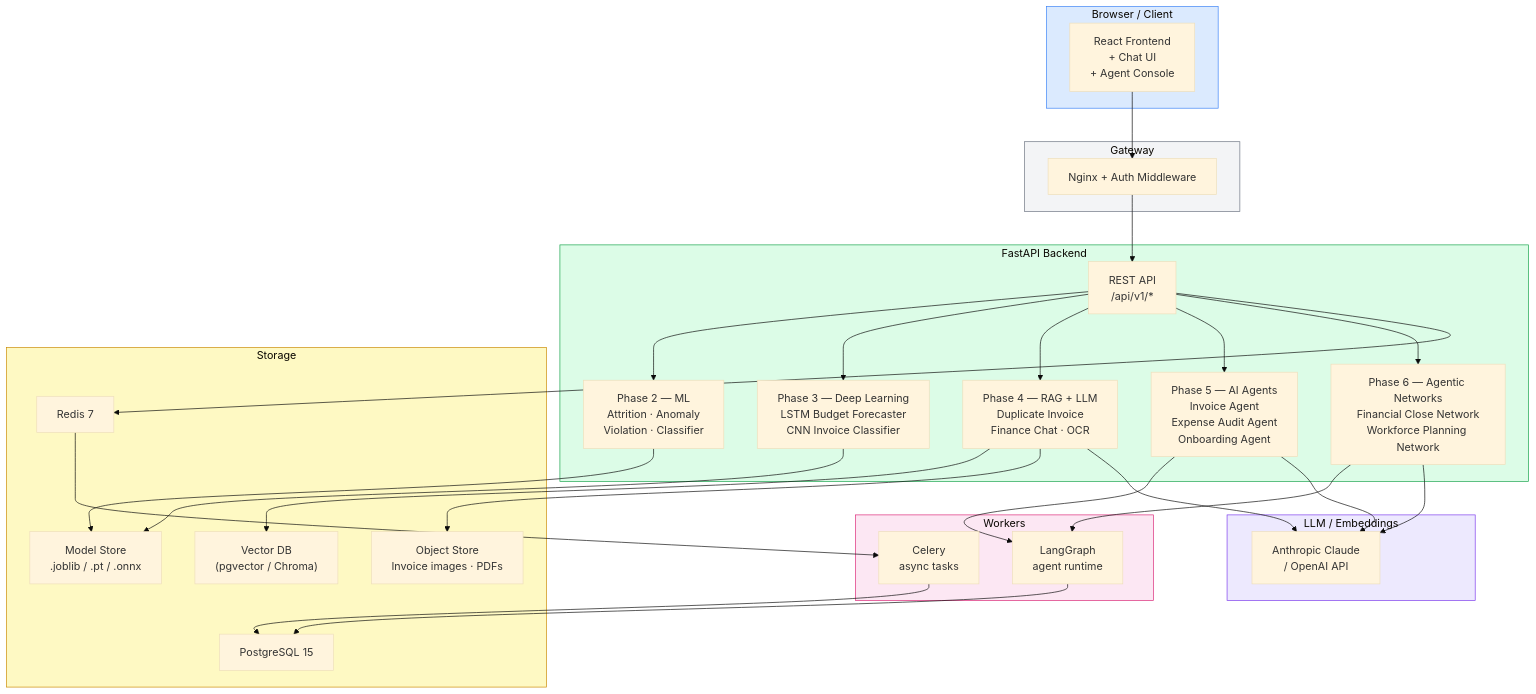
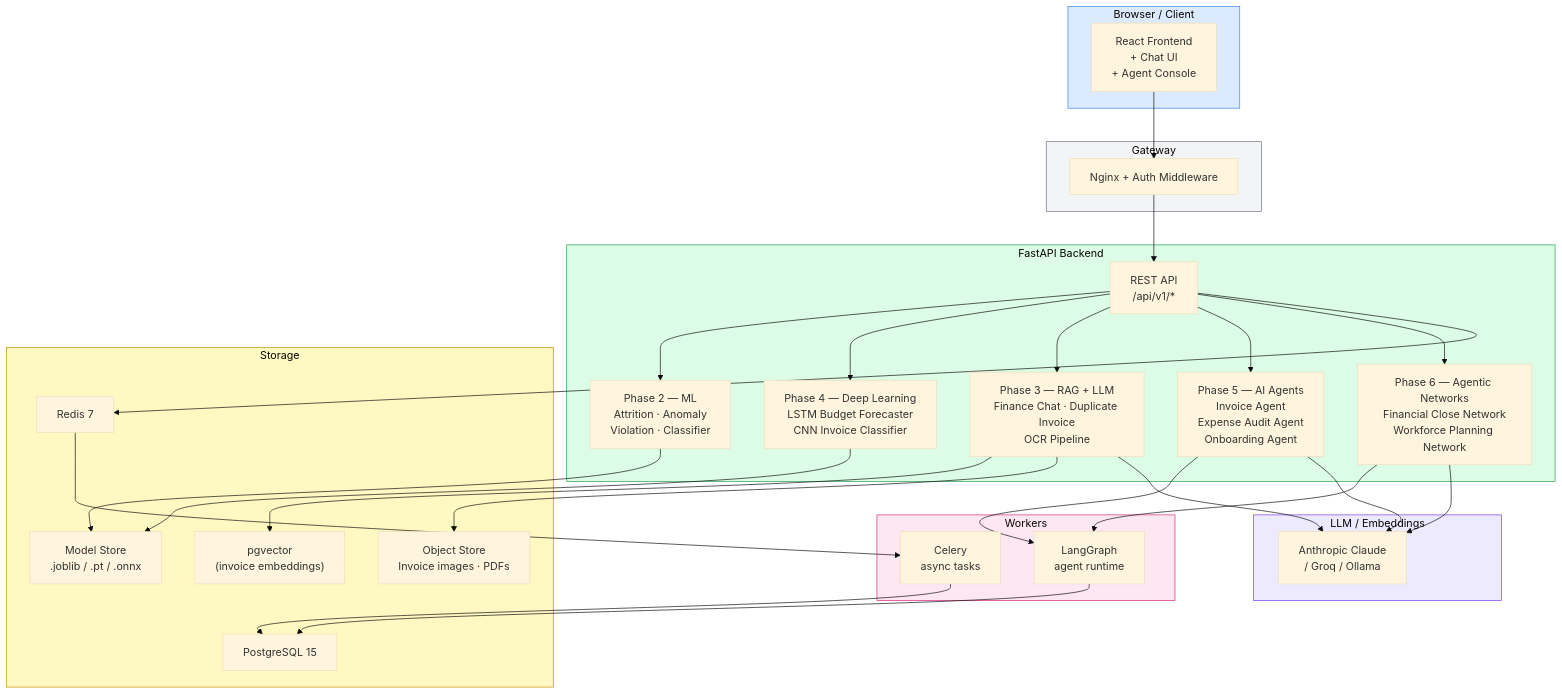
The second of 2 diagrams in README.md (deepakkumarsray2026-dev/mini-erp), drawn with Mermaid (base theme) before and after one commit. The commit also changed other lines of this file and 25 other files, not shown here.

First line of the commit message:
feat(phase3): RAG+LLM — Finance Chat, duplicate invoice detection, OCR pipeline

````diff
--- a/README.md
+++ b/README.md
@@ -91,52 +102,52 @@
 ```mermaid
 graph TB
     subgraph Client["Browser / Client"]
         FE["React Frontend\n+ Chat UI\n+ Agent Console"]
     end
 
     subgraph Gateway["Gateway"]
         NG["Nginx + Auth Middleware"]
     end
 
     subgraph Backend["FastAPI Backend"]
         API["REST API\n/api/v1/*"]
         ML["Phase 2 — ML\nAttrition · Anomaly\nViolation · Classifier"]
-        DL["Phase 3 — Deep Learning\nLSTM Budget Forecaster\nCNN Invoice Classifier"]
-        RAG["Phase 4 — RAG + LLM\nDuplicate Invoice\nFinance Chat · OCR"]
+        DL["Phase 4 — Deep Learning\nLSTM Budget Forecaster\nCNN Invoice Classifier"]
+        RAG["Phase 3 — RAG + LLM\nFinance Chat · Duplicate Invoice\nOCR Pipeline"]
         AGT["Phase 5 — AI Agents\nInvoice Agent\nExpense Audit Agent\nOnboarding Agent"]
         NET["Phase 6 — Agentic Networks\nFinancial Close Network\nWorkforce Planning Network"]
     end
 
     subgraph Storage["Storage"]
         PG["PostgreSQL 15"]
         RD["Redis 7"]
         FS["Model Store\n.joblib / .pt / .onnx"]
-        VDB["Vector DB\n(pgvector / Chroma)"]
+        VDB["pgvector\n(invoice embeddings)"]
         OBJ["Object Store\nInvoice images · PDFs"]
     end
 
     subgraph LLM["LLM / Embeddings"]
-        LLM_API["Anthropic Claude\n/ OpenAI API"]
+        LLM_API["Anthropic Claude\n/ Groq / Ollama"]
     end
 
     subgraph Workers["Workers"]
         CW["Celery\nasync tasks"]
         LG["LangGraph\nagent runtime"]
     end
 
     FE --> NG --> API
     API --> ML & DL & RAG & AGT & NET
     ML & DL --> FS
     RAG --> VDB & OBJ & LLM_API
     AGT --> LG & LLM_API
     NET --> LG & LLM_API
     API --> RD --> CW
     CW & LG --> PG
 
     style Client fill:#dbeafe,stroke:#3b82f6
     style Backend fill:#dcfce7,stroke:#16a34a
     style Storage fill:#fef9c3,stroke:#ca8a04
     style Workers fill:#fce7f3,stroke:#db2777
     style LLM fill:#ede9fe,stroke:#7c3aed
     style Gateway fill:#f3f4f6,stroke:#6b7280
 ```
````
